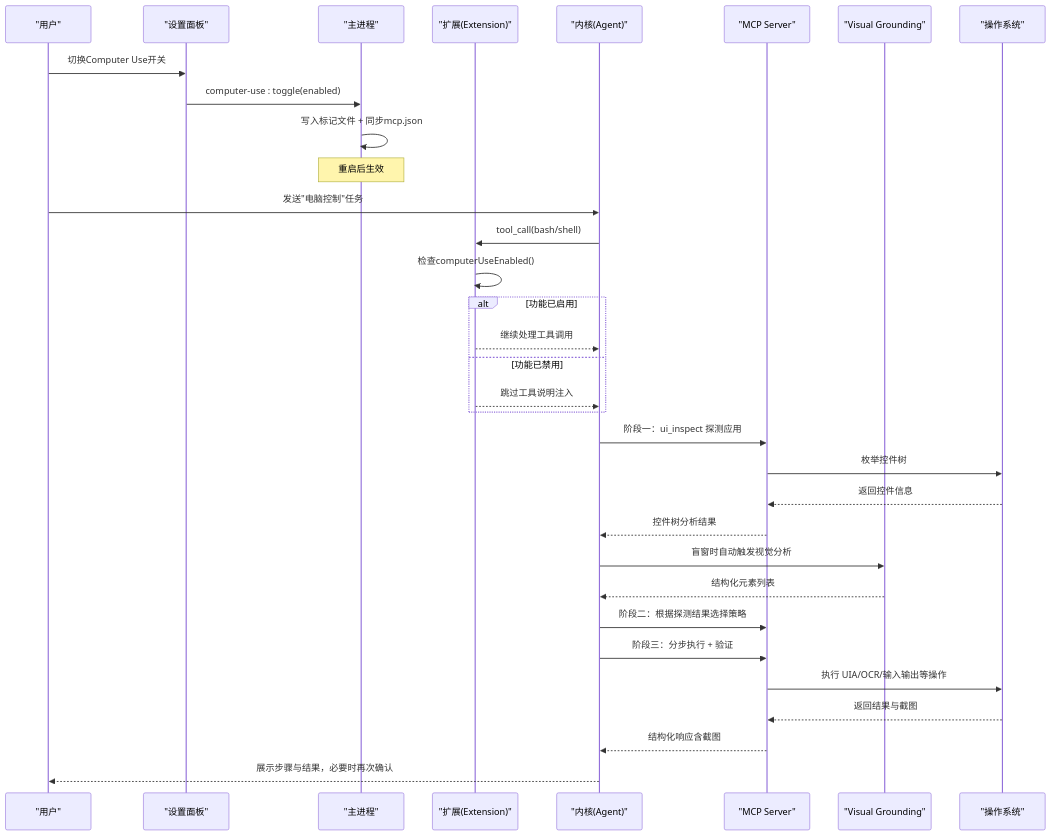
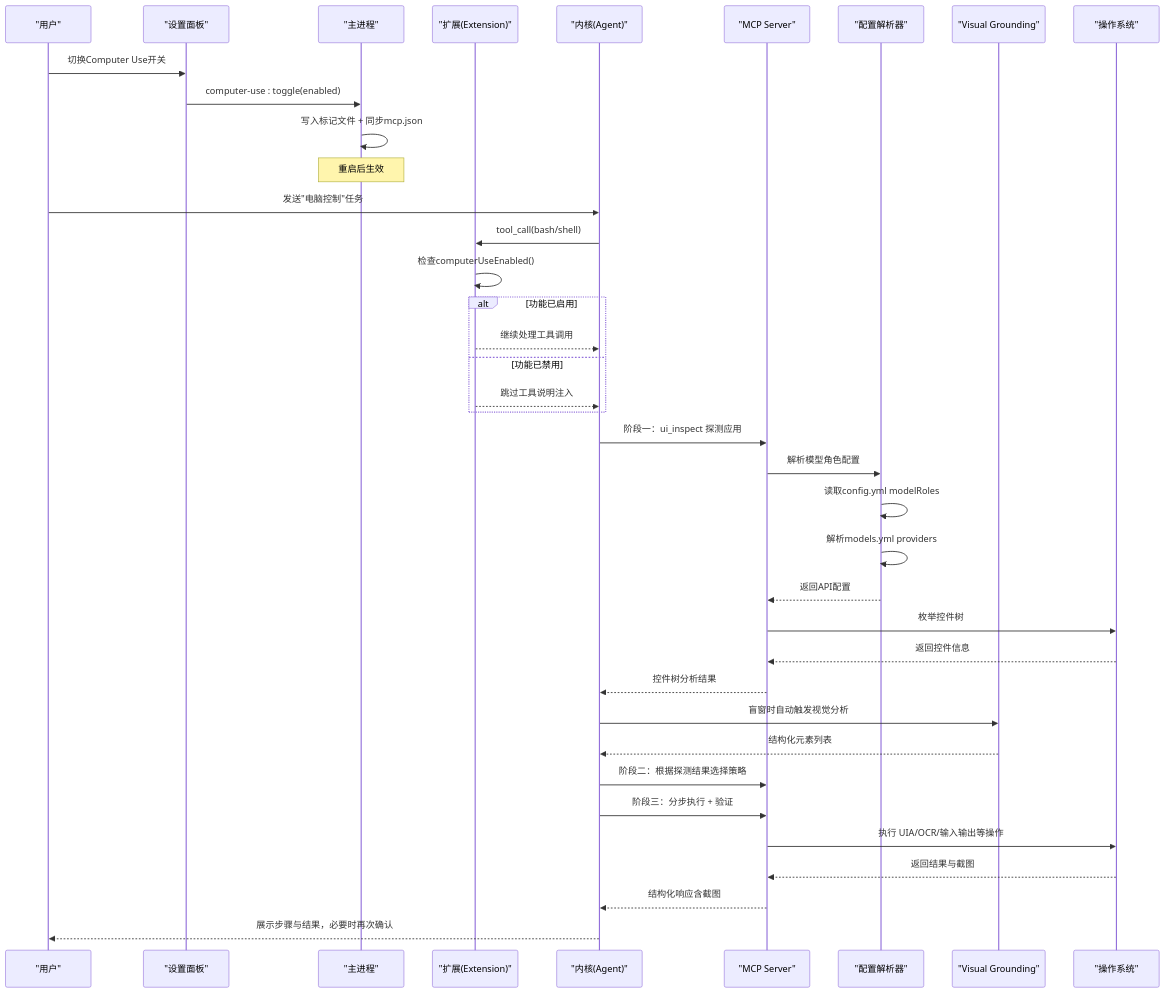
The second of 4 diagrams in .qoder/repowiki/zh/content/技能系统/计算机使用技能/计算机使用技能.md (swond-Mao/Tiffa), drawn with Mermaid before and after one commit. The commit also changed other lines of this file and 17 other files, not shown here.

````diff
--- a/.qoder/repowiki/zh/content/技能系统/计算机使用技能/计算机使用技能.md
+++ b/.qoder/repowiki/zh/content/技能系统/计算机使用技能/计算机使用技能.md
@@ -144,35 +145,40 @@
 ```mermaid
 sequenceDiagram
 participant U as "用户"
 participant S as "设置面板"
 participant M as "主进程"
 participant E as "扩展(Extension)"
 participant K as "内核(Agent)"
 participant MCP as "MCP Server"
+participant CFG as "配置解析器"
 participant V as "Visual Grounding"
 participant OS as "操作系统"
 U->>S : 切换Computer Use开关
 S->>M : computer-use : toggle(enabled)
 M->>M : 写入标记文件 + 同步mcp.json
 Note over M : 重启后生效
 U->>K : 发送"电脑控制"任务
 K->>E : tool_call(bash/shell)
 E->>E : 检查computerUseEnabled()
 alt 功能已启用
 E-->>K : 继续处理工具调用
 else 功能已禁用
 E-->>K : 跳过工具说明注入
 end
 K->>MCP : 阶段一：ui_inspect 探测应用
+MCP->>CFG : 解析模型角色配置
+CFG->>CFG : 读取config.yml modelRoles
+CFG->>CFG : 解析models.yml providers
+CFG-->>MCP : 返回API配置
 MCP->>OS : 枚举控件树
 OS-->>MCP : 返回控件信息
 MCP-->>K : 控件树分析结果
 K->>V : 盲窗时自动触发视觉分析
 V-->>K : 结构化元素列表
 K->>MCP : 阶段二：根据探测结果选择策略
 K->>MCP : 阶段三：分步执行 + 验证
 MCP->>OS : 执行 UIA/OCR/输入输出等操作
 OS-->>MCP : 返回结果与截图
 MCP-->>K : 结构化响应含截图
 K-->>U : 展示步骤与结果，必要时再次确认
 ```
````
